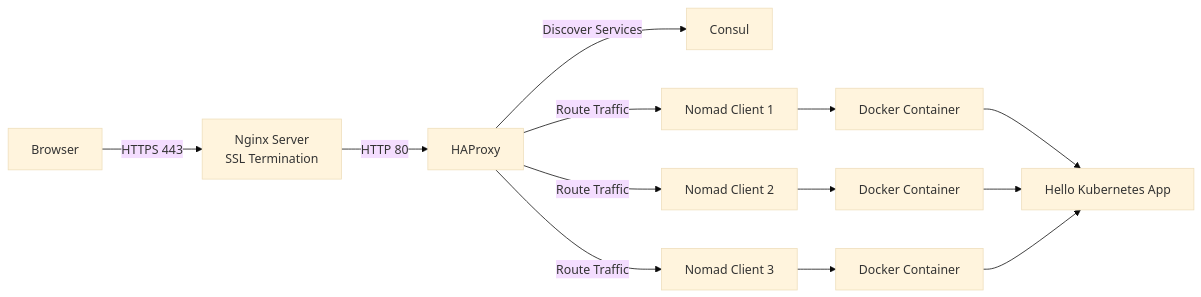
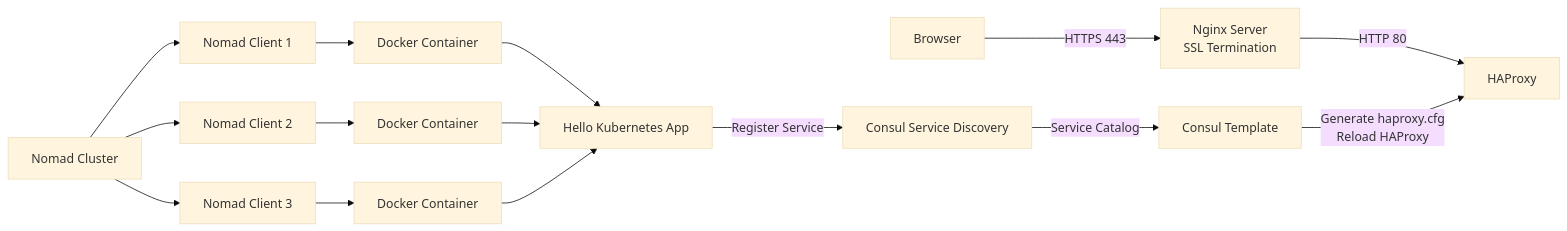
One commit to AnithaAnnem/Apple-client changed the diagram in fulldoc.md. Above: the diagram before and after it, drawn with Mermaid (base theme).

````diff
--- a/fulldoc.md
+++ b/fulldoc.md
@@ -12,23 +12,27 @@
 ```mermaid
 flowchart LR
 
     Browser[Browser]
 
     Browser -->|HTTPS 443| Nginx[Nginx Server<br/>SSL Termination]
 
     Nginx -->|HTTP 80| HAProxy[HAProxy]
 
-    HAProxy -->|Discover Services| Consul[Consul]
+    CT[Consul Template] -->|Generate haproxy.cfg<br/>Reload HAProxy| HAProxy
 
-    HAProxy -->|Route Traffic| Nomad1[Nomad Client 1]
-    HAProxy -->|Route Traffic| Nomad2[Nomad Client 2]
-    HAProxy -->|Route Traffic| Nomad3[Nomad Client 3]
+    Consul[Consul Service Discovery] -->|Service Catalog| CT
+
+    Nomad[Nomad Cluster] --> Nomad1[Nomad Client 1]
+    Nomad[Nomad Cluster] --> Nomad2[Nomad Client 2]
+    Nomad[Nomad Cluster] --> Nomad3[Nomad Client 3]
 
     Nomad1 --> Docker1[Docker Container]
     Nomad2 --> Docker2[Docker Container]
     Nomad3 --> Docker3[Docker Container]
 
     Docker1 --> App[Hello Kubernetes App]
     Docker2 --> App
     Docker3 --> App
+
+    App -->|Register Service| Consul
 ```
````
